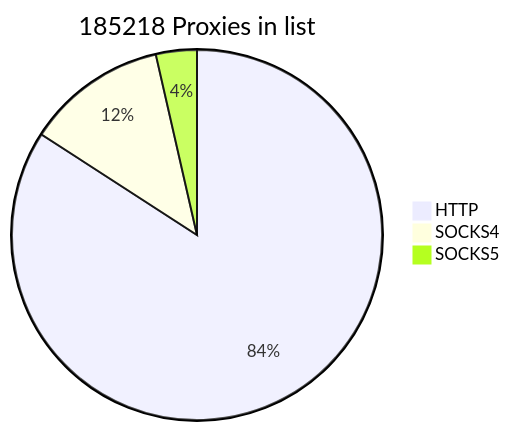
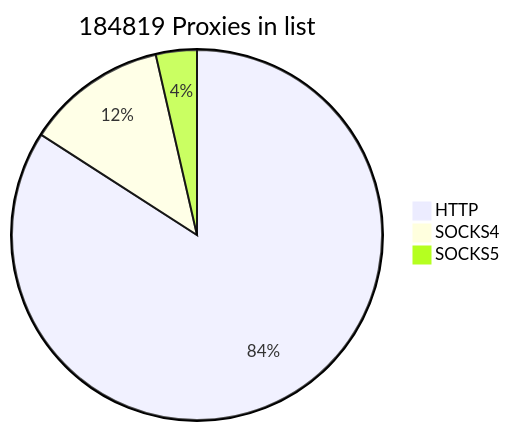
The first of 2 diagrams in README.md (cutipu/proxylist), drawn with Mermaid before and after one commit. The commit also changed other lines of this file, not shown here.

````diff
--- a/README.md
+++ b/README.md
@@ -2,7 +2,7 @@
 ```mermaid
-pie title 185218 Proxies in list
-    "HTTP" : 155830
-    "SOCKS4" : 22772
+pie title 184819 Proxies in list
+    "HTTP" : 155429
+    "SOCKS4" : 22774
     "SOCKS5" : 6616
             
 ```
````
